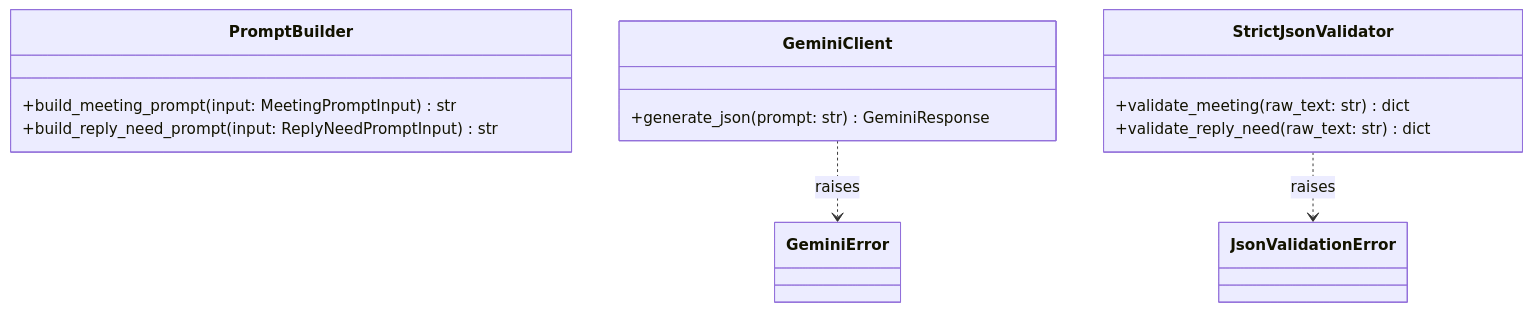
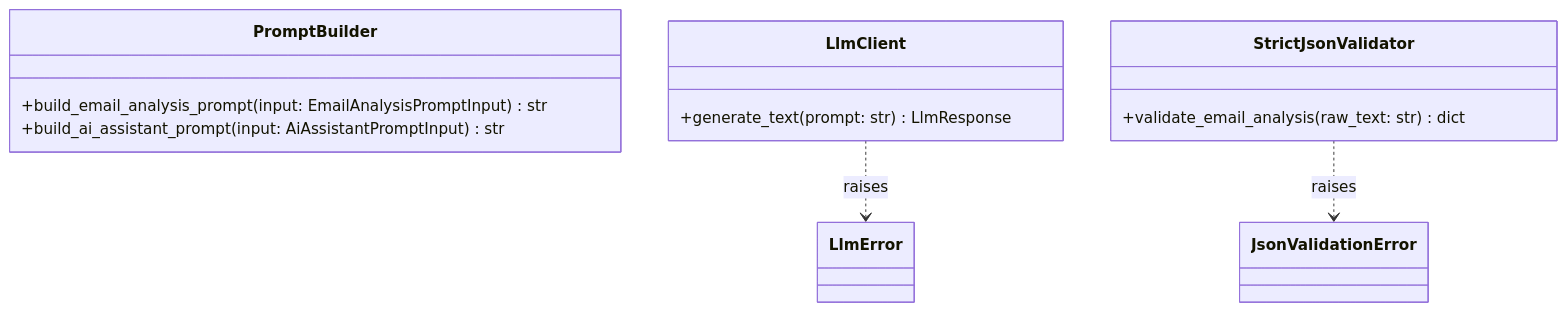
Before and after one commit to XunSong02/OutlookPlus: diagram 12 of 20 in backend/backend_specification_Modules.md, drawn with Mermaid. The commit also changed other lines of this file and 159 other files, not shown here.

````diff
--- a/backend/backend_specification_Modules.md
+++ b/backend/backend_specification_Modules.md
@@ -873,18 +926,17 @@
 ```mermaid
 classDiagram
 	class PromptBuilder {
-		+build_meeting_prompt(input: MeetingPromptInput) str
-		+build_reply_need_prompt(input: ReplyNeedPromptInput) str
+		+build_email_analysis_prompt(input: EmailAnalysisPromptInput) str
+		+build_ai_assistant_prompt(input: AiAssistantPromptInput) str
 	}
-	class GeminiClient {
-		+generate_json(prompt: str) GeminiResponse
+	class LlmClient {
+		+generate_text(prompt: str) LlmResponse
 	}
 	class StrictJsonValidator {
-		+validate_meeting(raw_text: str) dict
-		+validate_reply_need(raw_text: str) dict
+		+validate_email_analysis(raw_text: str) dict
 	}
-	class GeminiError
+	class LlmError
 	class JsonValidationError
-	GeminiClient ..> GeminiError : raises
+	LlmClient ..> LlmError : raises
 	StrictJsonValidator ..> JsonValidationError : raises
 ```
````
